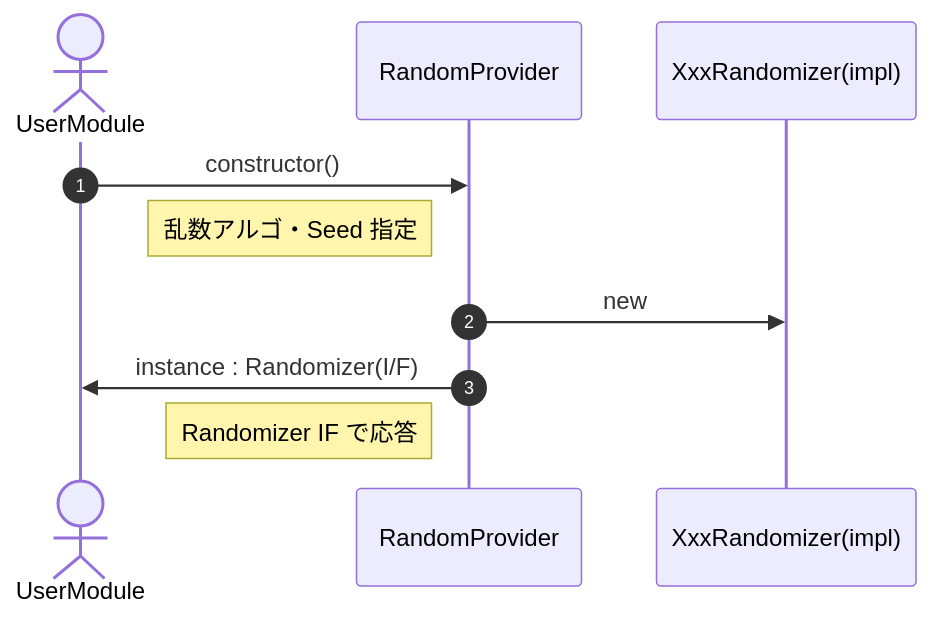
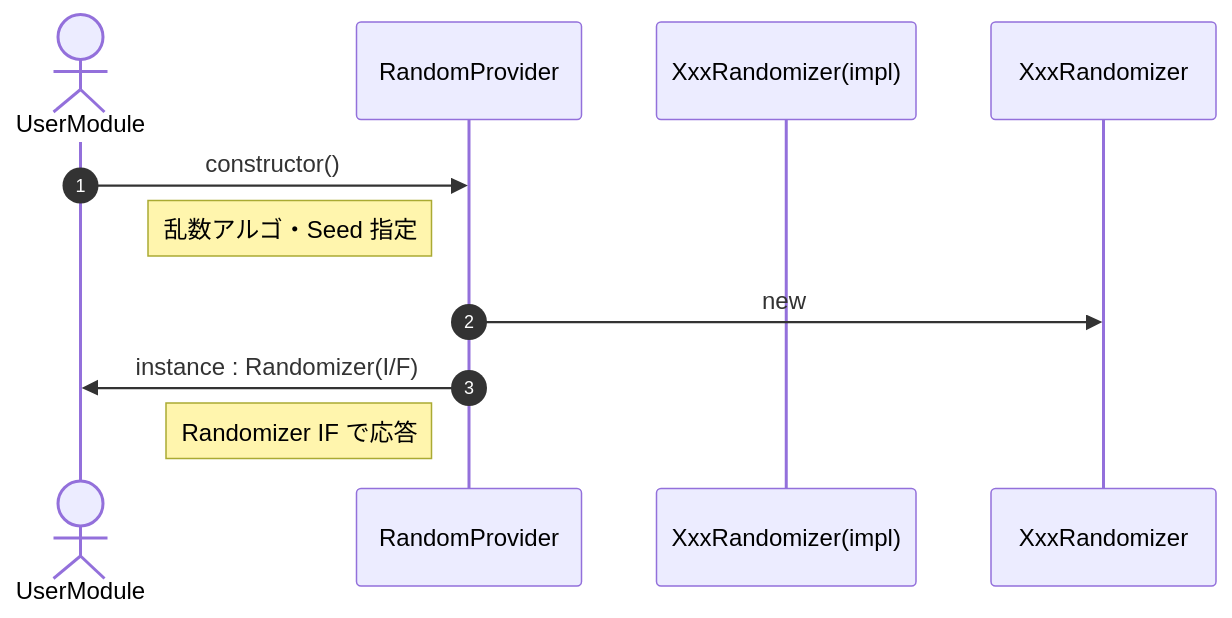
The second of 2 diagrams in spec/random/spec_random.md (nodachisoft-com/ndc-cpp11-libs), drawn with Mermaid before and after one commit. The commit also changed other lines of this file and 4 other files, not shown here.

````diff
--- a/spec/random/spec_random.md
+++ b/spec/random/spec_random.md
@@ -37,15 +37,15 @@
 ```mermaid
 sequenceDiagram
     autonumber
 
     actor user as UserModule
     participant RandomProvider
-    participant XxxRandomizer as XxxRandomizer(impl)
+    participant XxxRandomizeは as XxxRandomizer(impl)
 
     user ->> RandomProvider: constructor()
     Note left of RandomProvider: 乱数アルゴ・Seed 指定
     RandomProvider ->> XxxRandomizer: new
 
     RandomProvider ->> user : instance : Randomizer(I/F)
     Note left of RandomProvider: Randomizer IF で応答
 ```
````
